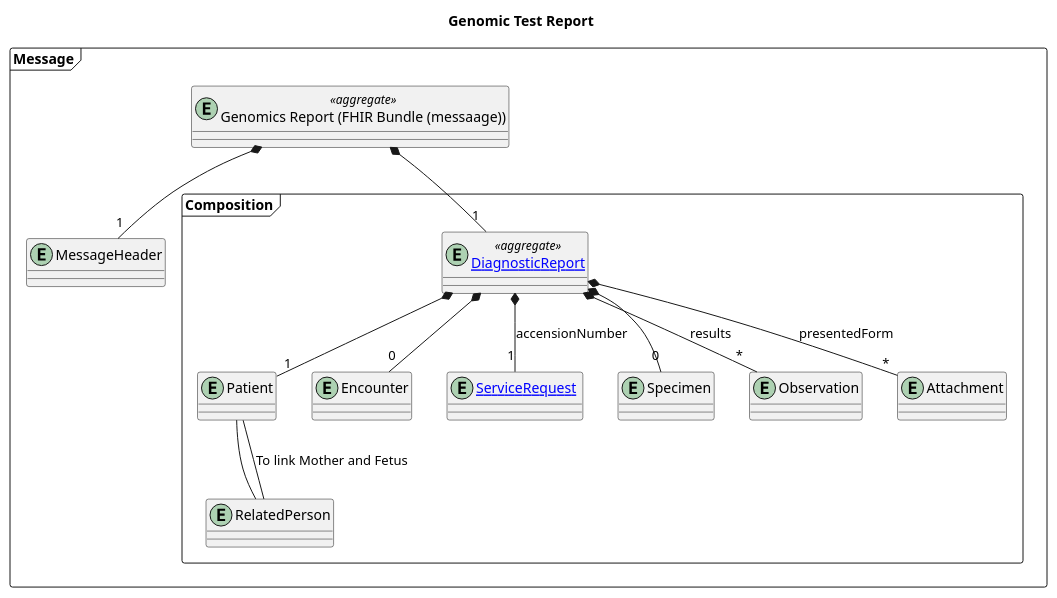
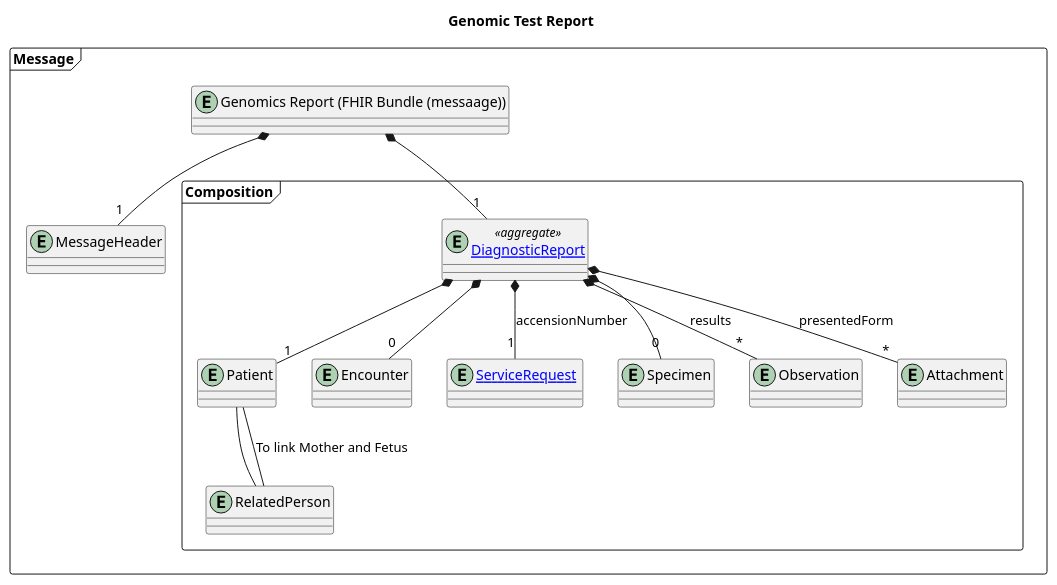
The diagram in input/images-source/results-model.plantuml (nw-gmsa/nw-gmsa.github.com), drawn with PlantUML before and after one commit. The commit also changed 1 other file, not shown here.

Commit message:
Added entity model

```diff
--- a/input/images-source/results-model.plantuml
+++ b/input/images-source/results-model.plantuml
@@ -1,40 +1,40 @@
 @startuml
 
 title "Genomic Test Report"
 
 frame Message {
-entity "Genomics Report (FHIR Bundle (messaage))" as oru  <<aggregate>>
+entity "Genomics Report (FHIR Bundle (messaage))" as oru
 
 entity "MessageHeader" as MSH
 
   frame Composition {
     entity "Patient" as PID
 
     entity "Encounter" as PV1
 
     entity "[[StructureDefinition-ServiceRequest.html ServiceRequest]] " as ORC
 
     entity "Specimen" as SPM
 
     entity "Observation" as OBX
 
     entity "Attachment" as OBX2
 
     entity "[[StructureDefinition-DiagnosticReport.html DiagnosticReport]]" as OBR <<aggregate>>
 
     entity "RelatedPerson" as NK1
   }
 }
 
 oru *-- "1" MSH
 oru *-- "1" OBR
 OBR *-- "0" SPM
 OBR *-- "1" ORC : accensionNumber
 OBR *-- "1" PID
 OBR *-- "0" PV1
 OBR *-- "*" OBX : results
 OBR *-- "*" OBX2: presentedForm
 NK1 -- PID : To link Mother and Fetus
 PID -- NK1
 
 @enduml
```
